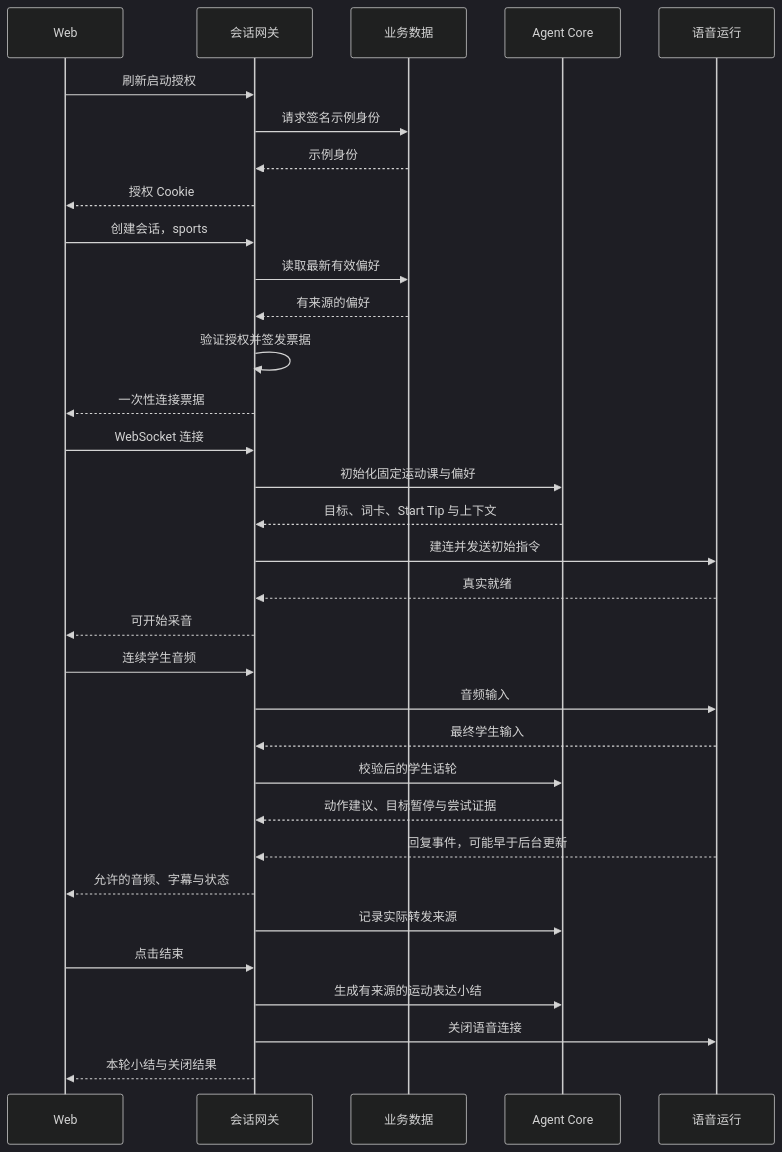
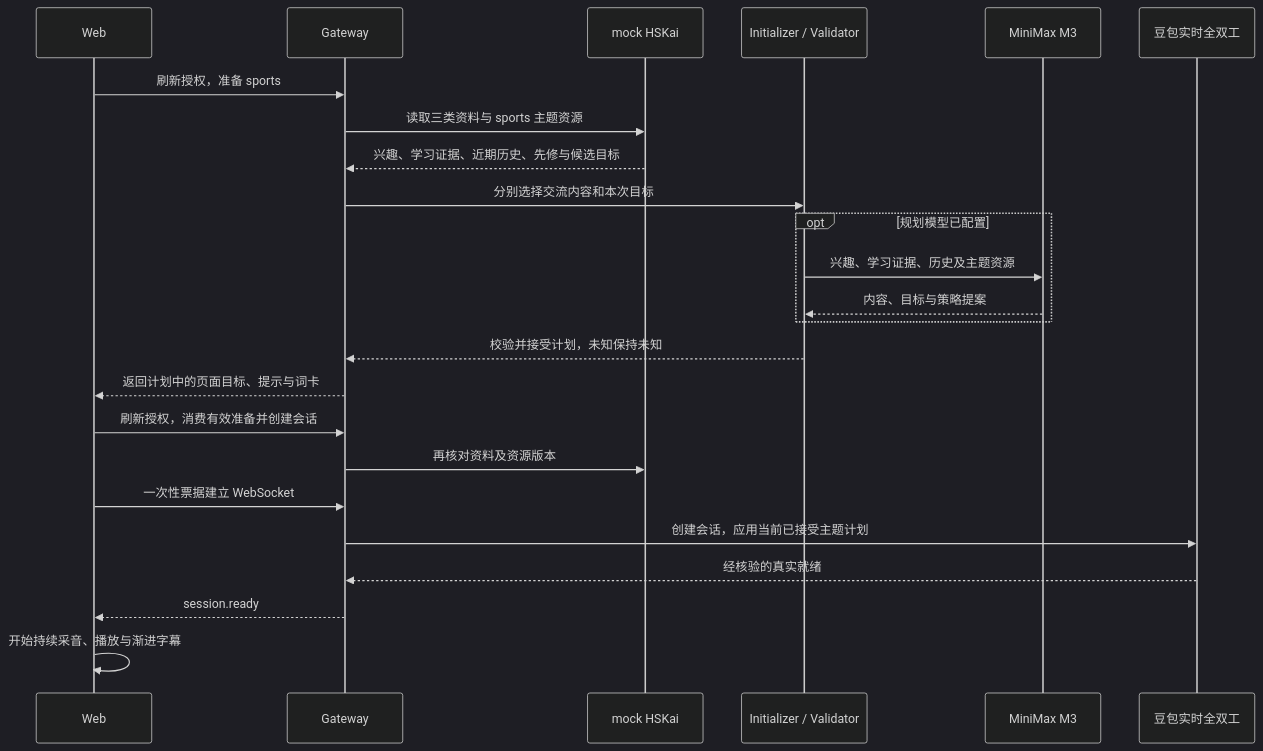
One commit to yqhuang-cyber/ask-kai changed the third of 5 diagrams in README.md. Above: the diagram before and after it, drawn with Mermaid (dark theme). The commit also changed other lines of this file and 48 other files, not shown here.

First line of the commit message:
feat: add dynamic initialization and MiniMax M3 turn planning

````diff
--- a/README.md
+++ b/README.md
@@ -162,35 +161,26 @@
 ```mermaid
 sequenceDiagram
     participant W as Web
-    participant G as 会话网关
-    participant B as 业务数据
-    participant C as Agent Core
-    participant V as 语音运行
-    W->>G: 刷新启动授权
-    G->>B: 请求签名示例身份
-    B-->>G: 示例身份
-    G-->>W: 授权 Cookie
-    W->>G: 创建会话，sports
-    G->>B: 读取最新有效偏好
-    B-->>G: 有来源的偏好
-    G->>G: 验证授权并签发票据
-    G-->>W: 一次性连接票据
-    W->>G: WebSocket 连接
-    G->>C: 初始化固定运动课与偏好
-    C-->>G: 目标、词卡、Start Tip 与上下文
-    G->>V: 建连并发送初始指令
-    V-->>G: 真实就绪
-    G-->>W: 可开始采音
-    W->>G: 连续学生音频
-    G->>V: 音频输入
-    V-->>G: 最终学生输入
-    G->>C: 校验后的学生话轮
-    C-->>G: 动作建议、目标暂停与尝试证据
-    V-->>G: 回复事件，可能早于后台更新
-    G-->>W: 允许的音频、字幕与状态
-    G->>C: 记录实际转发来源
-    W->>G: 点击结束
-    G->>C: 生成有来源的运动表达小结
-    G->>V: 关闭语音连接
-    G-->>W: 本轮小结与关闭结果
+    participant G as Gateway
+    participant H as mock HSKai
+    participant C as Initializer / Validator
+    participant L as MiniMax M3
+    participant P as 豆包实时全双工
+    W->>G: 刷新授权，准备 sports
+    G->>H: 读取三类资料与 sports 主题资源
+    H-->>G: 兴趣、学习证据、近期历史、先修与候选目标
+    G->>C: 分别选择交流内容和本次目标
+    opt 规划模型已配置
+        C->>L: 兴趣、学习证据、历史及主题资源
+        L-->>C: 内容、目标与策略提案
+    end
+    C-->>G: 校验并接受计划，未知保持未知
+    G-->>W: 返回计划中的页面目标、提示与词卡
+    W->>G: 刷新授权，消费有效准备并创建会话
+    G->>H: 再核对资料及资源版本
+    W->>G: 一次性票据建立 WebSocket
+    G->>P: 创建会话，应用当前已接受主题计划
+    P-->>G: 经核验的真实就绪
+    G-->>W: session.ready
+    W->>W: 开始持续采音、播放与渐进字幕
 ```
````
